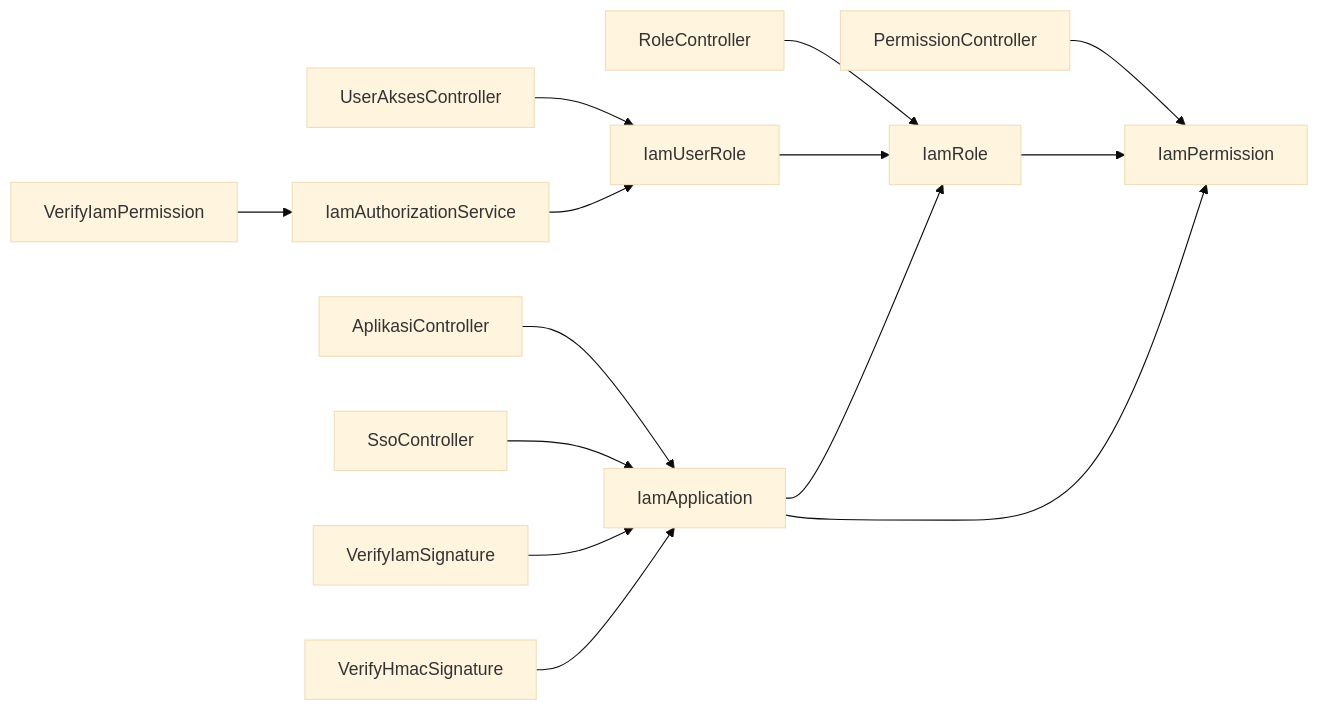
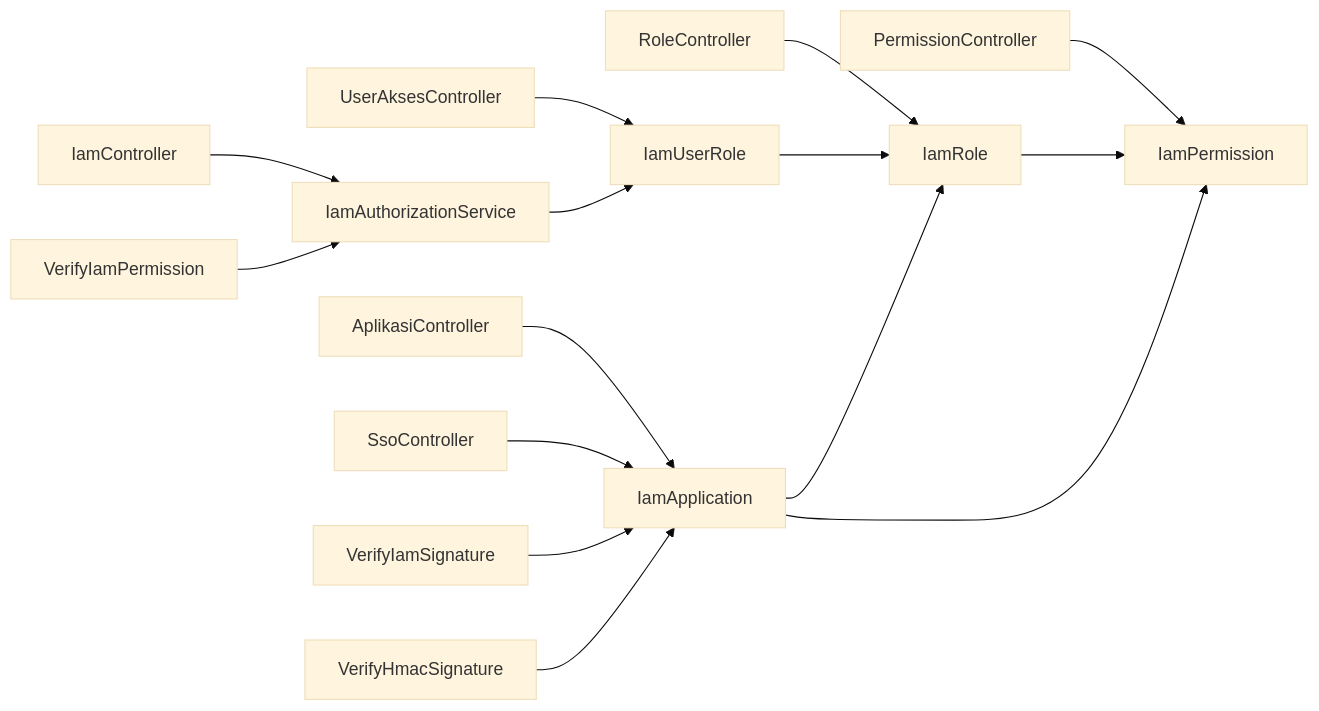
One commit to PA-Penajam/kepegawaian_apps changed the ninth of 9 diagrams in .qoder/repowiki/en/content/Identity and Access Management (IAM)/Identity and Access Management (IAM).md. Above: the diagram before and after it, drawn with Mermaid (base theme). The commit also changed other lines of this file and 22 other files, not shown here.

````diff
--- a/.qoder/repowiki/en/content/Identity and Access Management (IAM)/Identity and Access Management (IAM).md
+++ b/.qoder/repowiki/en/content/Identity and Access Management (IAM)/Identity and Access Management (IAM).md
@@ -442,16 +494,17 @@
 ```mermaid
 graph LR
 AC["AplikasiController"] --> APP["IamApplication"]
 RC["RoleController"] --> ROLE["IamRole"]
 PC["PermissionController"] --> PERM["IamPermission"]
 UAC["UserAksesController"] --> UROLE["IamUserRole"]
 SSC["SsoController"] --> APP
+IC["IamController"] --> IAS["IamAuthorizationService"]
 VIM["VerifyIamSignature"] --> APP
 VHMAC["VerifyHmacSignature"] --> APP
-VIP["VerifyIamPermission"] --> IAS["IamAuthorizationService"]
+VIP["VerifyIamPermission"] --> IAS
 IAS --> UROLE
 UROLE --> ROLE
 ROLE --> PERM
 APP --> ROLE
 APP --> PERM
 ```
````
